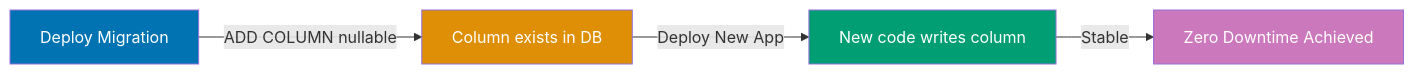
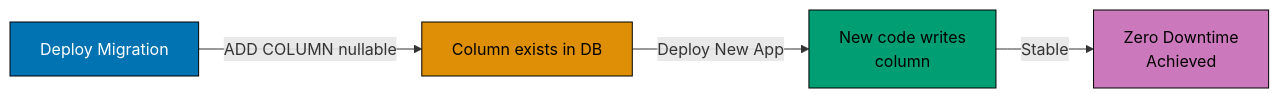
One commit to wahidyankf/ose-public changed the second of 5 diagrams in apps/ayokoding-www/content/en/learn/legacy/software-engineering/data/tools/csharp-ef-core/by-example/advanced.md. Above: the diagram before and after it, drawn with Mermaid. The commit also changed other lines of this file and 131 other files, not shown here.

First line of the commit message:
fix(mermaid): bring the legacy data, infrastructure, and testing diagrams onto the accessible palette

````diff
--- a/apps/ayokoding-www/content/en/learn/legacy/software-engineering/data/tools/csharp-ef-core/by-example/advanced.md
+++ b/apps/ayokoding-www/content/en/learn/legacy/software-engineering/data/tools/csharp-ef-core/by-example/advanced.md
@@ -209,12 +216,19 @@
 ```mermaid
 %% Color Palette: Blue #0173B2, Orange #DE8F05, Teal #029E73, Purple #CC78BC, Brown #CA9161
 graph LR
+    accTitle: Example 63: Zero-Downtime Column Addition
+    accDescr: Graph with 4 nodes and 3 connections. Nodes: Deploy Migration, Column exists in DB, New code writes column, Zero Downtime Achieved. Connections: Deploy Migration to Column exists in DB (ADD COLUMN nullable), Column exists in DB to New code writes column (Deploy New App), New code writes column to Zero Downtime Achieved (Stable).
     A[Deploy Migration] -->|ADD COLUMN nullable| B[Column exists in DB]
-    B -->|Deploy New App| C[New code writes column]
-    C -->|Stable| D[Zero Downtime Achieved]
+    B -->|Deploy New App| C[New code writes<br/>column]
+    C -->|Stable| D[Zero Downtime<br/>Achieved]
 
-    style A fill:#0173B2,color:#fff
-    style B fill:#DE8F05,color:#fff
-    style C fill:#029E73,color:#fff
-    style D fill:#CC78BC,color:#fff
+    classDef pal-0173B2 fill:#0173B2,stroke:#000000,color:#FFFFFF
+    class A pal-0173B2
+    classDef pal-DE8F05 fill:#DE8F05,stroke:#000000,color:#000000
+    class B pal-DE8F05
+    classDef pal-029E73 fill:#029E73,stroke:#000000,color:#000000
+    class C pal-029E73
+    classDef pal-CC78BC fill:#CC78BC,stroke:#000000,color:#000000
+    class D pal-CC78BC
+    classDef default fill:#FFFFFF,stroke:#000000,color:#000000
 ```
````
